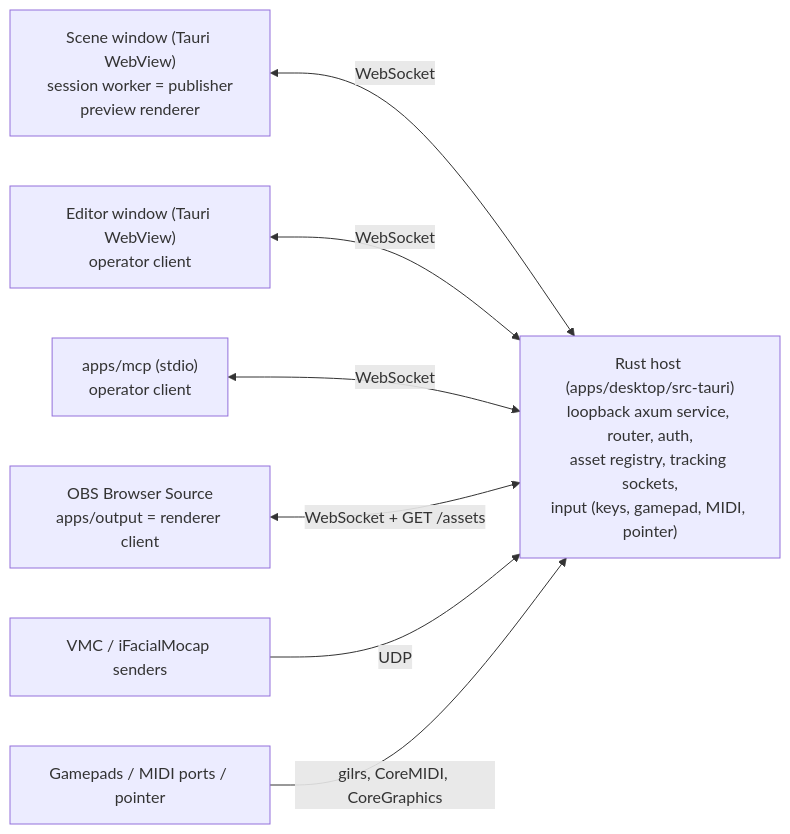
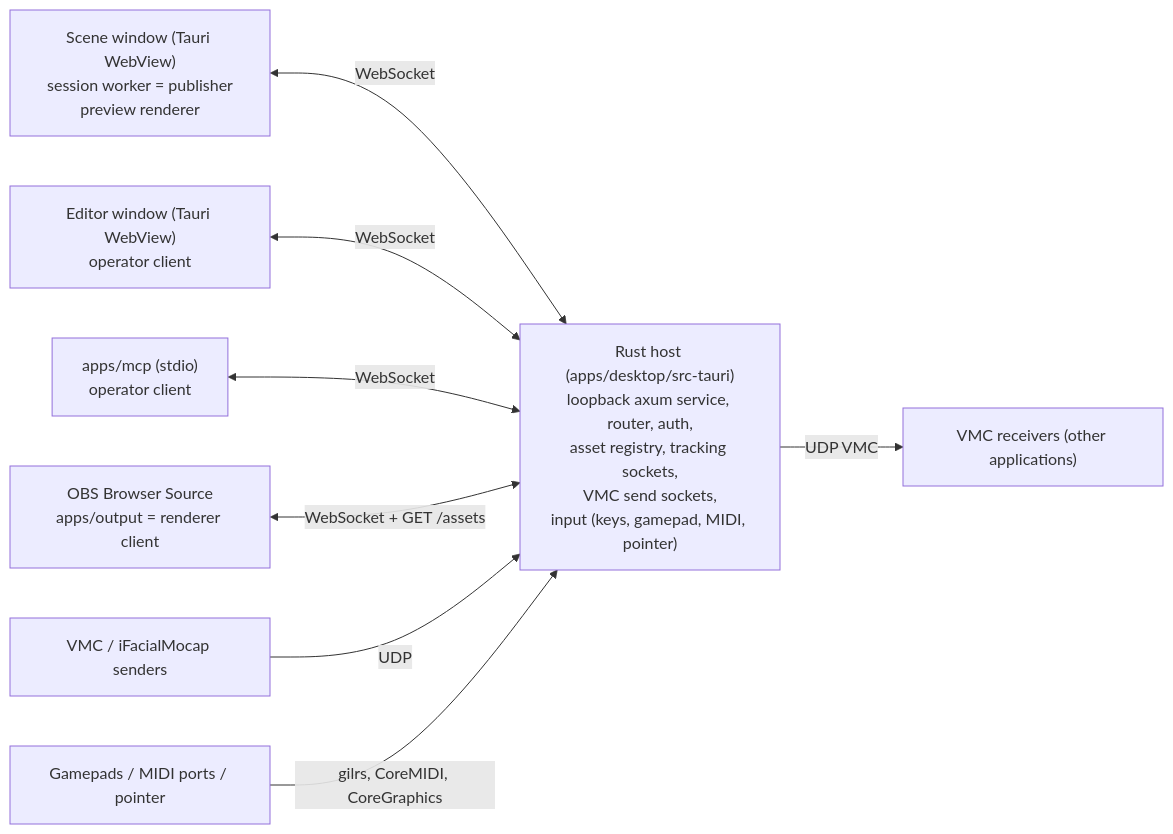
Before and after one commit to danirukun/opensekai: the diagram in ARCHITECTURE.md, drawn with Mermaid. The commit also changed other lines of this file and 8 other files, not shown here.

Commit message:
Record the VMC sender evidence, parity, and architecture (B21)

````diff
--- a/ARCHITECTURE.md
+++ b/ARCHITECTURE.md
@@ -7,10 +7,11 @@
 ```mermaid
 flowchart LR
   Scene["Scene window (Tauri WebView)\nsession worker = publisher\npreview renderer"] <-->|WebSocket| Host
   Editor["Editor window (Tauri WebView)\noperator client"] <-->|WebSocket| Host
   MCP["apps/mcp (stdio)\noperator client"] <-->|WebSocket| Host
   OBS["OBS Browser Source\napps/output = renderer client"] <-->|WebSocket + GET /assets| Host
-  Host["Rust host (apps/desktop/src-tauri)\nloopback axum service, router, auth,\nasset registry, tracking sockets,\ninput (keys, gamepad, MIDI, pointer)"]
+  Host["Rust host (apps/desktop/src-tauri)\nloopback axum service, router, auth,\nasset registry, tracking sockets,\nVMC send sockets,\ninput (keys, gamepad, MIDI, pointer)"]
   Trackers["VMC / iFacialMocap senders"] -->|UDP| Host
+  Host -->|UDP VMC| Receivers["VMC receivers (other applications)"]
   Devices["Gamepads / MIDI ports / pointer"] -->|gilrs, CoreMIDI, CoreGraphics| Host
 ```
````
